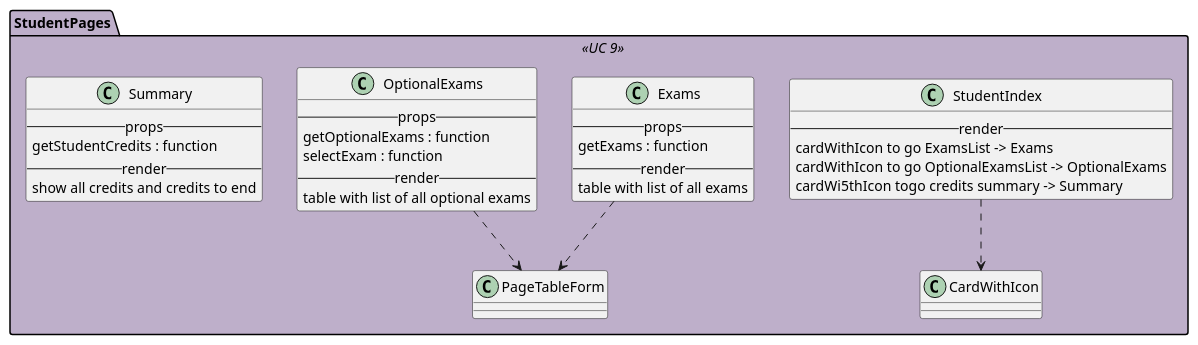
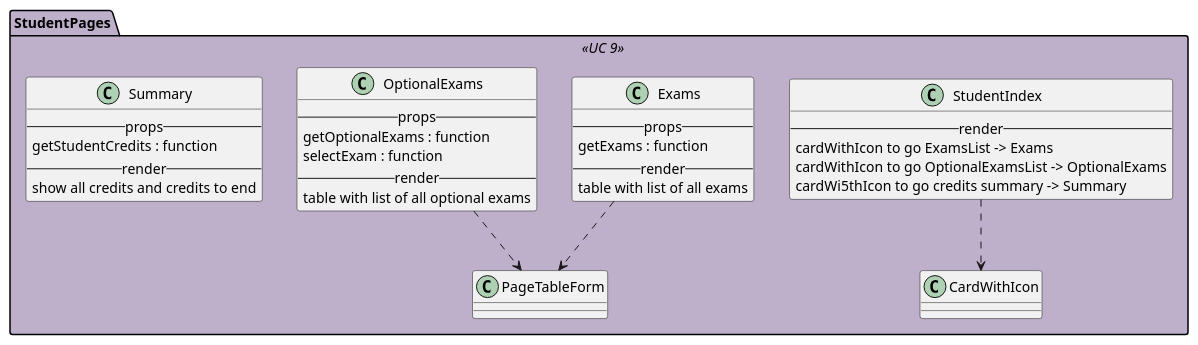
One commit to M9k/Marvin-Uml changed the diagram in react/student/index.iuml. Above: the diagram before and after it, drawn with PlantUML. The commit also changed 1 other file, not shown here.

```diff
--- a/react/student/index.iuml
+++ b/react/student/index.iuml
@@ -1,39 +1,39 @@
 skinparam package<<UC 9>> {
     backgroundColor #beafca
 }
 
 package StudentPages <<UC 9>> {
 
 class StudentIndex{
     --render--
         cardWithIcon to go ExamsList -> Exams
         cardWithIcon to go OptionalExamsList -> OptionalExams
-        cardWi5thIcon togo credits summary -> Summary
+        cardWi5thIcon to go credits summary -> Summary
 }
 StudentIndex ..> CardWithIcon
 
 class Exams{
     --props--
         getExams : function
     --render--
         table with list of all exams
 }
 Exams ..> PageTableForm
 
 class OptionalExams{
     --props--
         getOptionalExams : function
         selectExam : function
     --render--
         table with list of all optional exams
 }
 OptionalExams ..> PageTableForm
 
 class Summary{
     --props--
         getStudentCredits : function
     --render--
         show all credits and credits to end
 }
 
 }
```
